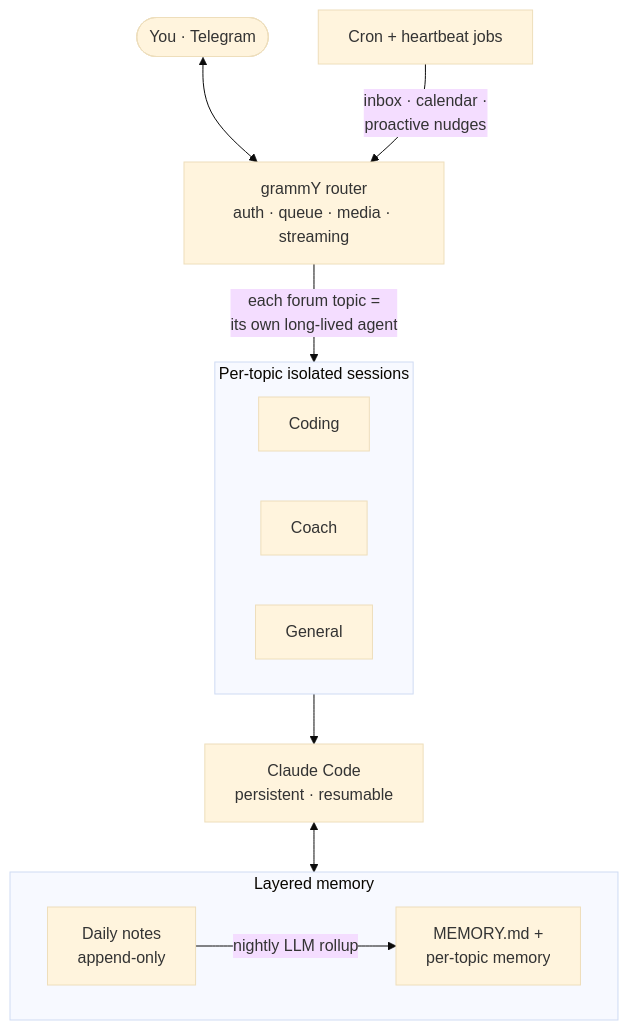
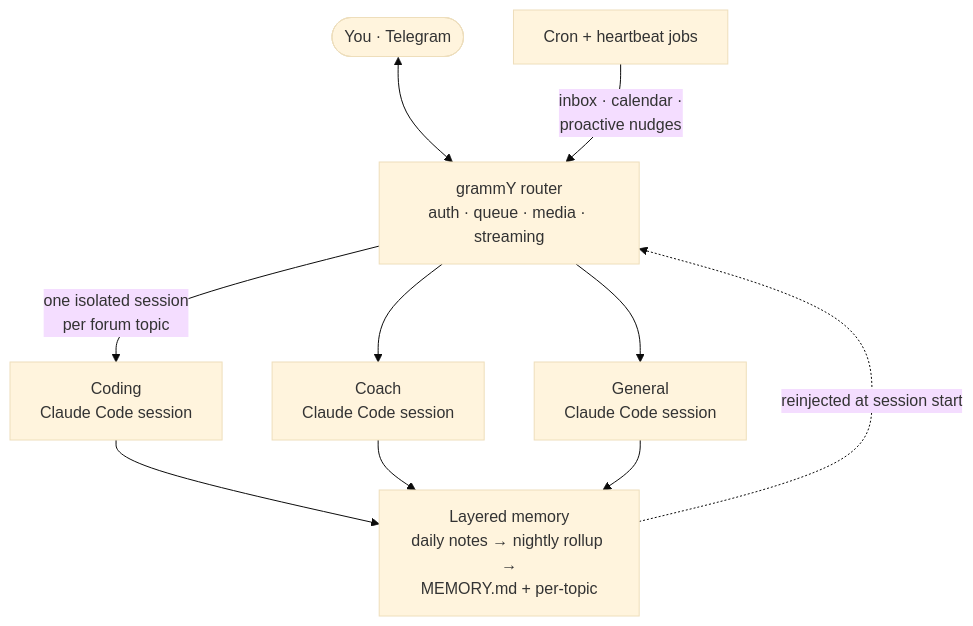
One commit to LuKresXD/claw-skeleton changed the diagram in README.md. Above: the diagram before and after it, drawn with Mermaid (base theme).

Commit message:
docs: simplify architecture diagram for reliable GitHub rendering

````diff
--- a/README.md
+++ b/README.md
@@ -32,22 +32,15 @@
 ```mermaid
 flowchart TD
     You(["You · Telegram"]) <--> Router["grammY router<br/>auth · queue · media · streaming"]
-    Router -->|"each forum topic =<br/>its own long-lived agent"| Sessions
 
-    subgraph Sessions["Per-topic isolated sessions"]
-        direction LR
-        T1["Coding"]
-        T2["Coach"]
-        T3["General"]
-    end
+    Router -->|"one isolated session<br/>per forum topic"| T1["Coding<br/>Claude Code session"]
+    Router --> T2["Coach<br/>Claude Code session"]
+    Router --> T3["General<br/>Claude Code session"]
 
-    Sessions --> CC["Claude Code<br/>persistent · resumable"]
+    T1 --> Mem["Layered memory<br/>daily notes → nightly rollup →<br/>MEMORY.md + per-topic"]
+    T2 --> Mem
+    T3 --> Mem
+    Mem -.->|"reinjected at session start"| Router
 
-    subgraph Memory["Layered memory"]
-        direction LR
-        Daily["Daily notes<br/>append-only"] -->|"nightly LLM rollup"| Long["MEMORY.md +<br/>per-topic memory"]
-    end
-
-    CC <--> Memory
     Crons["Cron + heartbeat jobs"] -->|"inbox · calendar ·<br/>proactive nudges"| Router
 ```
````
